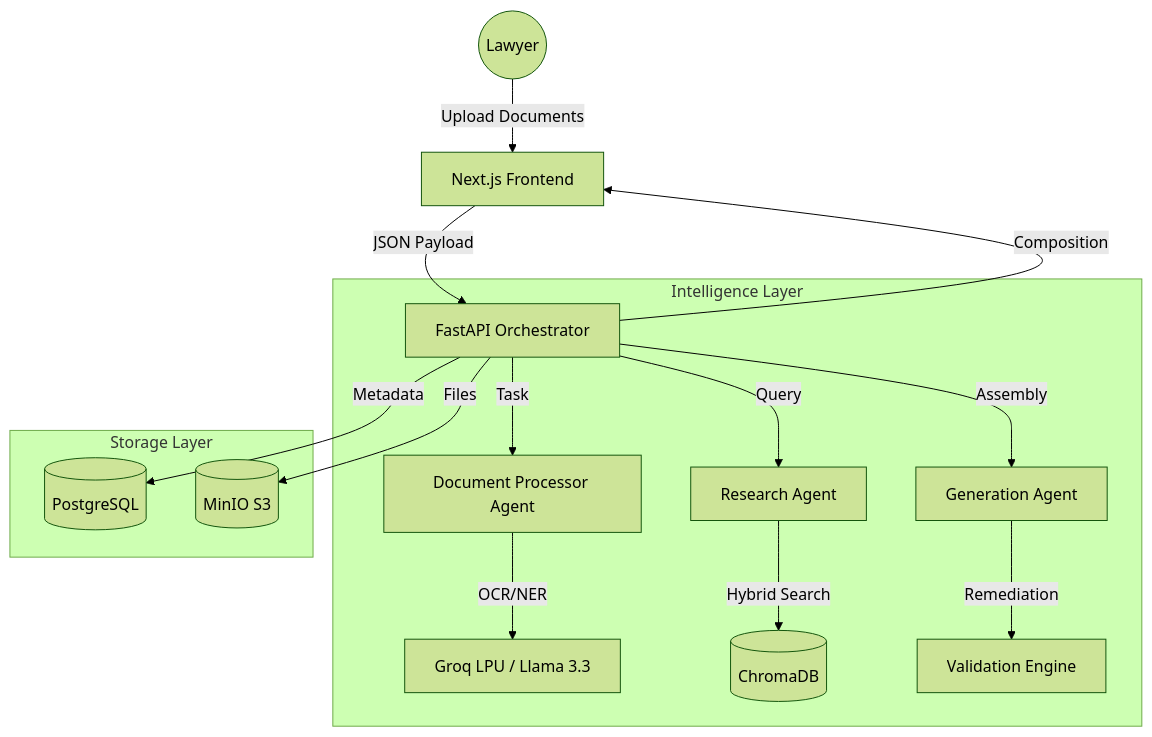
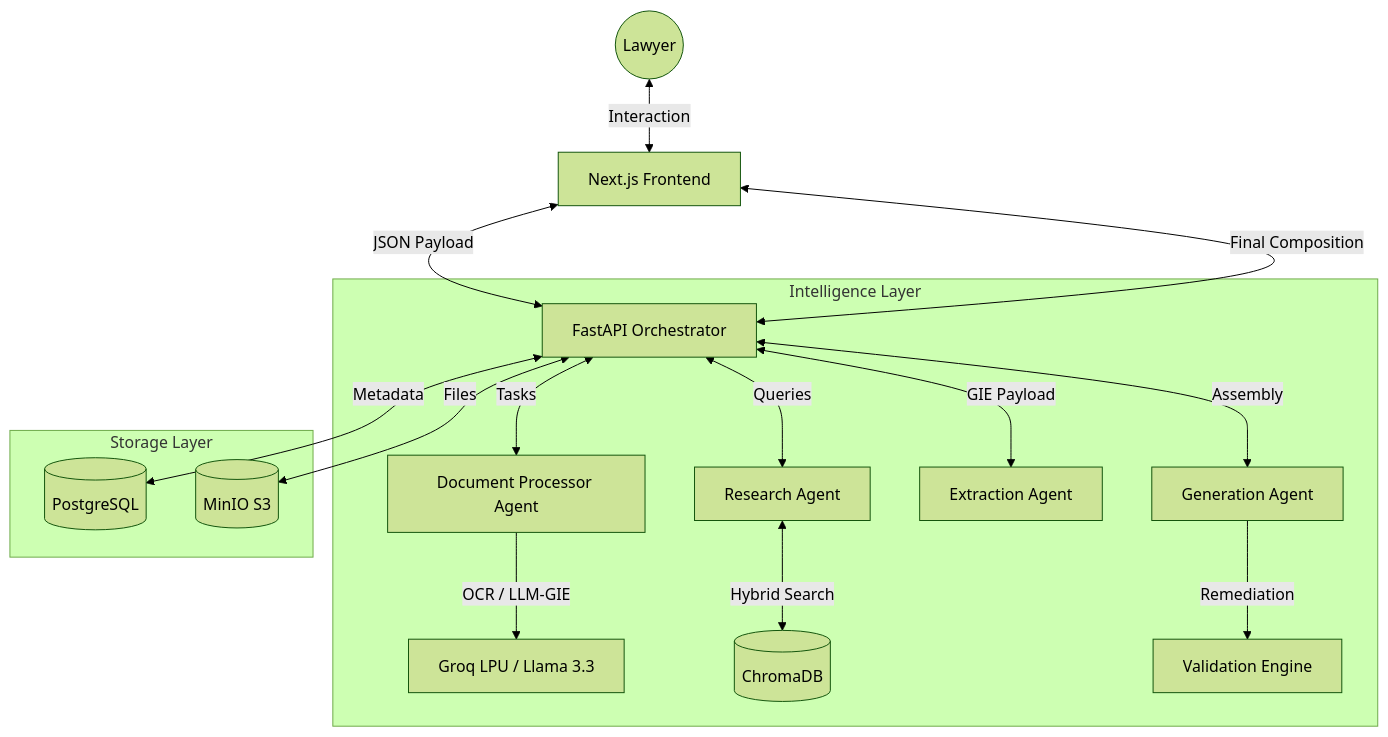
Before and after one commit to delisha02/droitdraft: the first of 7 diagrams in docs/major_project_documentation_sem_viii.md, drawn with Mermaid (forest theme). The commit also changed other lines of this file, not shown here.

````diff
--- a/docs/major_project_documentation_sem_viii.md
+++ b/docs/major_project_documentation_sem_viii.md
@@ -85,22 +86,24 @@
 ```mermaid
 graph TD
-    User((Lawyer)) -->|Upload Documents| FE[Next.js Frontend]
-    FE -->|JSON Payload| API[FastAPI Orchestrator]
+    User((Lawyer)) <-->|Interaction| FE[Next.js Frontend]
+    FE <-->|JSON Payload| API[FastAPI Orchestrator]
     
     subgraph "Intelligence Layer"
-        API -->|Task| DP[Document Processor Agent]
-        API -->|Query| RA[Research Agent]
-        API -->|Assembly| GA[Generation Agent]
+        API <-->|Tasks| DP[Document Processor Agent]
+        API <-->|Queries| RA[Research Agent]
+        API <-->|GIE Payload| EA[Extraction Agent]
+        API <-->|Assembly| GA[Generation Agent]
         
-        DP -->|OCR/NER| LLM[Groq LPU / Llama 3.3]
-        RA -->|Hybrid Search| VDB[(ChromaDB)]
+        DP -->|OCR / LLM-GIE| LLM[Groq LPU / Llama 3.3]
+
+        RA <-->|Hybrid Search| VDB[(ChromaDB)]
         GA -->|Remediation| VAL[Validation Engine]
     end
     
     subgraph "Storage Layer"
-        API -->|Metadata| PG[(PostgreSQL)]
-        API -->|Files| MO[(MinIO S3)]
+        API <-->|Metadata| PG[(PostgreSQL)]
+        API <-->|Files| MO[(MinIO S3)]
     end
     
-    API -->|Composition| FE
+    API <-->|Final Composition| FE
 ```
````
